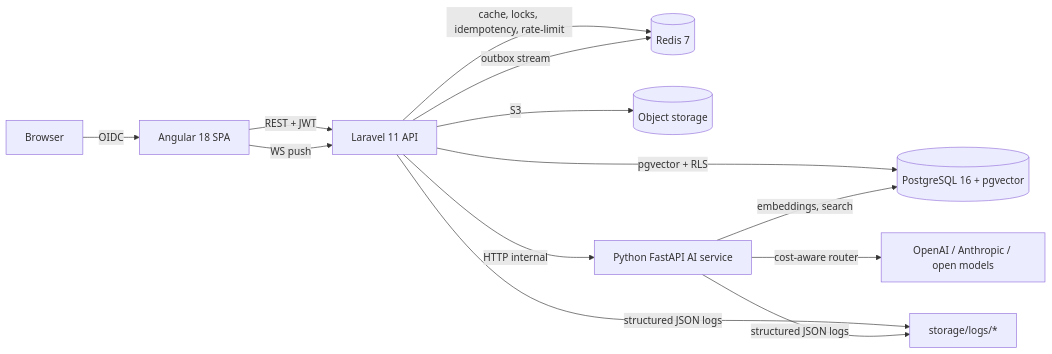
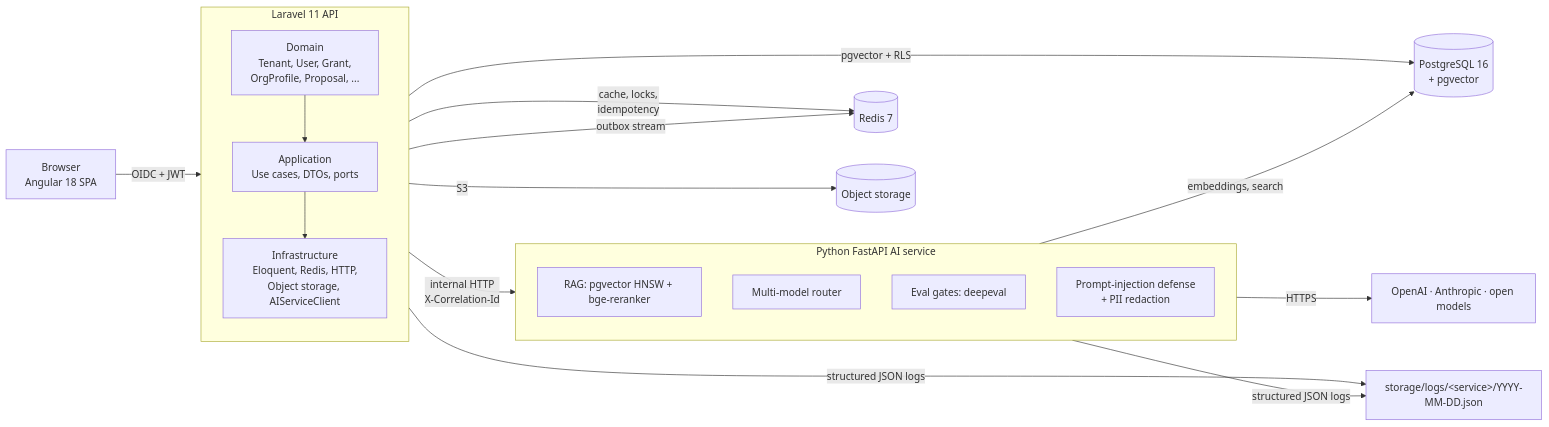
Before and after one commit to rcrock1978/GrantGenie: the diagram in README.md, drawn with Mermaid. The commit also changed other lines of this file, not shown here.

````diff
--- a/README.md
+++ b/README.md
@@ -9,15 +153,31 @@
 ```mermaid
 flowchart LR
-  Browser -->|OIDC| Frontend[Angular 18 SPA]
-  Frontend -->|REST + JWT| Backend[Laravel 11 API]
-  Backend -->|pgvector + RLS| Postgres[(PostgreSQL 16 + pgvector)]
-  Backend -->|cache, locks, idempotency, rate-limit| Redis[(Redis 7)]
-  Backend -->|S3| MinIO[(Object storage)]
-  Backend -->|HTTP internal| AIService[Python FastAPI AI service]
+  Browser[Browser<br/>Angular 18 SPA] -->|OIDC + JWT| Backend
+
+  subgraph Backend[Laravel 11 API]
+    direction TB
+    Domain[Domain<br/>Tenant, User, Grant,<br/>OrgProfile, Proposal, ...]
+    Application[Application<br/>Use cases, DTOs, ports]
+    Infrastructure[Infrastructure<br/>Eloquent, Redis, HTTP,<br/>Object storage, AIServiceClient]
+    Domain --> Application --> Infrastructure
+  end
+
+  Backend -->|pgvector + RLS| Postgres[(PostgreSQL 16<br/>+ pgvector)]
+  Backend -->|cache, locks,<br/>idempotency| Redis[(Redis 7)]
+  Backend -->|S3| Storage[(Object storage)]
+  Backend -->|internal HTTP<br/>X-Correlation-Id| AIService
+
+  subgraph AIService[Python FastAPI AI service]
+    direction TB
+    Retrieval[RAG: pgvector HNSW + bge-reranker]
+    Generation[Multi-model router]
+    Eval[Eval gates: deepeval]
+    Safety[Prompt-injection defense<br/>+ PII redaction]
+  end
+
   AIService -->|embeddings, search| Postgres
-  AIService -->|cost-aware router| Models[OpenAI / Anthropic / open models]
+  AIService -->|HTTPS| Models[OpenAI · Anthropic · open models]
   Backend -->|outbox stream| Redis
-  Frontend -->|WS push| Backend
-  Backend -->|structured JSON logs| Logs[storage/logs/*]
+  Backend -->|structured JSON logs| Logs[storage/logs/&lt;service&gt;/YYYY-MM-DD.json]
   AIService -->|structured JSON logs| Logs
 ```
````
